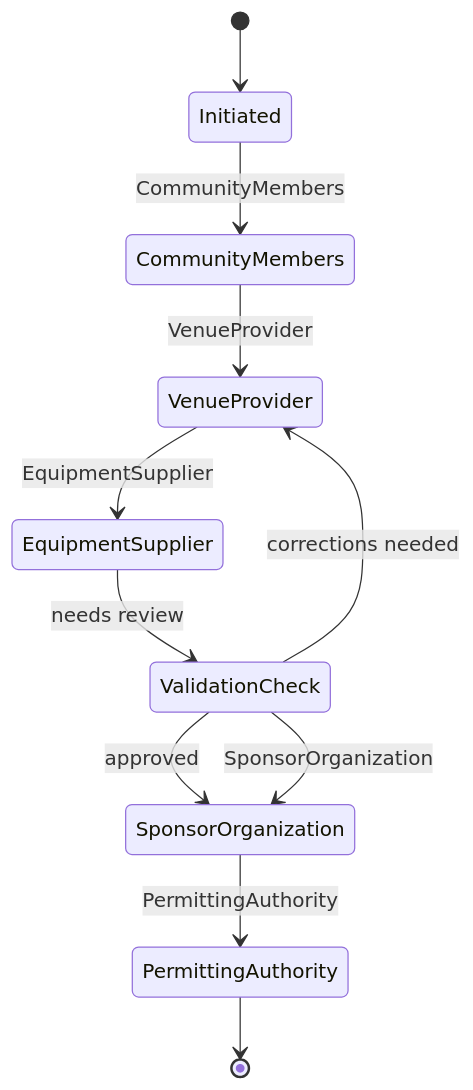
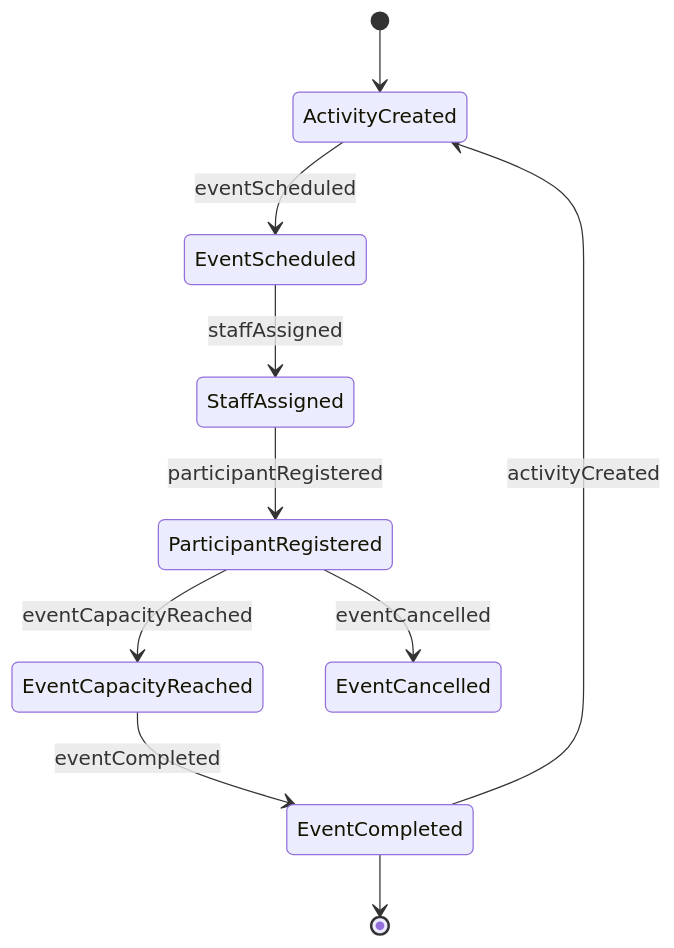
The second of 4 diagrams in GuidingDirectingAndMotivatingSubordinates/CoordinateGroupCommunityOrPublicActivities/OrganizeRecreationalActivitiesEvents.mdx (dot-org-ai/tasks.org.ai), drawn with Mermaid before and after one commit. The commit also changed other lines of this file and 515 other files, not shown here.

````diff
--- a/GuidingDirectingAndMotivatingSubordinates/CoordinateGroupCommunityOrPublicActivities/OrganizeRecreationalActivitiesEvents.mdx
+++ b/GuidingDirectingAndMotivatingSubordinates/CoordinateGroupCommunityOrPublicActivities/OrganizeRecreationalActivitiesEvents.mdx
@@ -102,13 +100,12 @@
 ```mermaid
 stateDiagram-v2
-    [*] --> Initiated
-    Initiated --> CommunityMembers: CommunityMembers
-    CommunityMembers --> VenueProvider: VenueProvider
-    VenueProvider --> EquipmentSupplier: EquipmentSupplier
-    EquipmentSupplier --> ValidationCheck: needs review
-    ValidationCheck --> VenueProvider: corrections needed
-    ValidationCheck --> SponsorOrganization: approved
-    ValidationCheck --> SponsorOrganization: SponsorOrganization
-    SponsorOrganization --> PermittingAuthority: PermittingAuthority
-    PermittingAuthority --> [*]
+    [*] --> ActivityCreated
+    ActivityCreated --> EventScheduled : eventScheduled
+    EventScheduled --> StaffAssigned : staffAssigned
+    StaffAssigned --> ParticipantRegistered : participantRegistered
+    ParticipantRegistered --> EventCapacityReached : eventCapacityReached
+    EventCapacityReached --> EventCompleted : eventCompleted
+    EventCompleted --> ActivityCreated : activityCreated
+    ParticipantRegistered --> EventCancelled : eventCancelled
+    EventCompleted --> [*]
 ```
````
